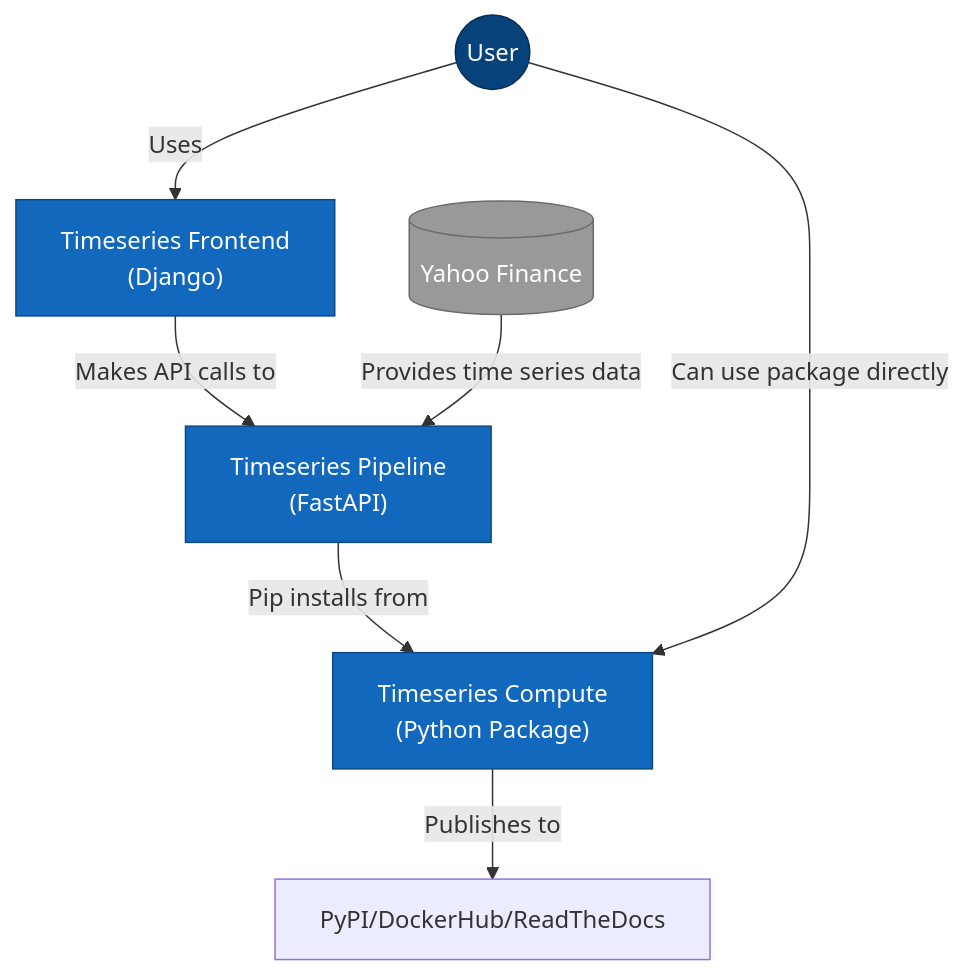
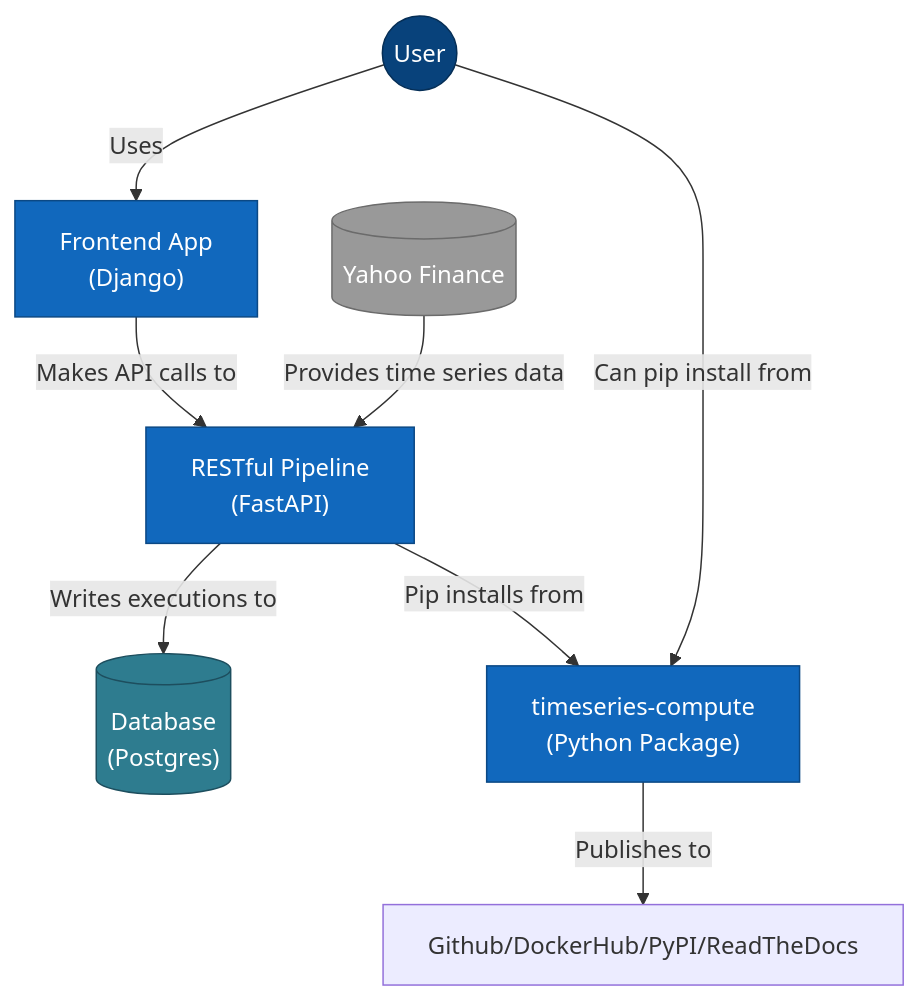
One commit to garthmortensen/timeseries-compute changed the first of 5 diagrams in README.md. Above: the diagram before and after it, drawn with Mermaid. The commit also changed other lines of this file and 1 other file, not shown here.

Commit message:
Docs: Update C4

````diff
--- a/README.md
+++ b/README.md
@@ -47,25 +47,35 @@
 ```mermaid
 flowchart TB
     %% Styling
     classDef person fill:#08427B,color:#fff,stroke:#052E56,stroke-width:1px
     classDef system fill:#1168BD,color:#fff,stroke:#0B4884,stroke-width:1px
     classDef external fill:#999999,color:#fff,stroke:#6B6B6B,stroke-width:1px
+    classDef database fill:#2E7C8F,color:#fff,stroke:#1D4E5E,stroke-width:1px
+    
     %% Actors and Systems
     User((User)):::person
+    
     %% Main Systems
-    TimeSeriesFrontend["Timeseries Frontend
+    TimeSeriesFrontend["Frontend App
     (Django)"]:::system
-    TimeSeriesPipeline["Timeseries Pipeline
+    TimeSeriesPipeline["RESTful Pipeline
     (FastAPI)"]:::system
-    TimeseriesCompute["Timeseries Compute
+    TimeseriesCompute["timeseries-compute
     (Python Package)"]:::system
+    
+    %% Database
+    TimeSeriesDB[("Database
+    (Postgres)")]:::database
+    
     %% External Systems
     ExternalDataSource[(Yahoo Finance)]:::external
+    
     %% Relationships
     User -- "Uses" --> TimeSeriesFrontend
     TimeSeriesFrontend -- "Makes API calls to" --> TimeSeriesPipeline
+    TimeSeriesPipeline -- "Writes executions to" --> TimeSeriesDB
     TimeSeriesPipeline -- "Pip installs from" --> TimeseriesCompute
-    User -- "Can use package directly" --> TimeseriesCompute  
+    User -- "Can pip install from" --> TimeseriesCompute
     ExternalDataSource -- "Provides time series data" --> TimeSeriesPipeline
-    TimeseriesCompute -- "Publishes to" --> PyPI/DockerHub/ReadTheDocs
+    TimeseriesCompute -- "Publishes to" --> Github/DockerHub/PyPI/ReadTheDocs
 ```
````
